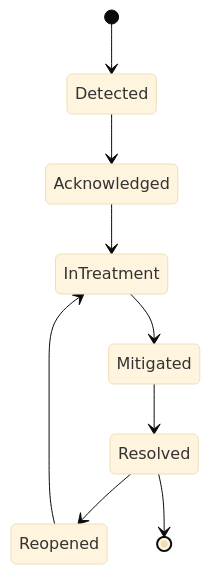
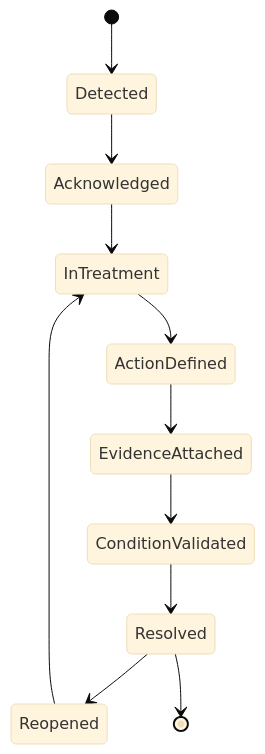
One commit to noxthor/edip changed the ninth of 19 diagrams in docs/DOMAIN_MODEL.md. Above: the diagram before and after it, drawn with Mermaid (base theme). The commit also changed other lines of this file and 8 other files, not shown here.

````diff
--- a/docs/DOMAIN_MODEL.md
+++ b/docs/DOMAIN_MODEL.md
@@ -1223,11 +1747,13 @@
 ```mermaid
 stateDiagram-v2
   [*] --> Detected
   Detected --> Acknowledged
   Acknowledged --> InTreatment
-  InTreatment --> Mitigated
-  Mitigated --> Resolved
+  InTreatment --> ActionDefined
+  ActionDefined --> EvidenceAttached
+  EvidenceAttached --> ConditionValidated
+  ConditionValidated --> Resolved
   Resolved --> Reopened
   Reopened --> InTreatment
   Resolved --> [*]
 ```
````
